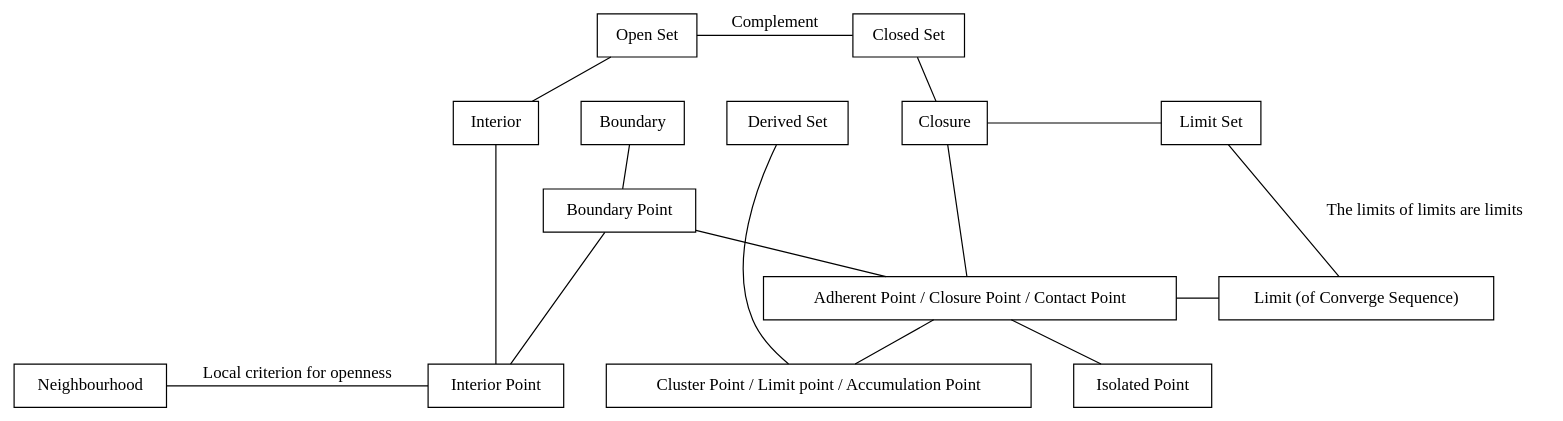
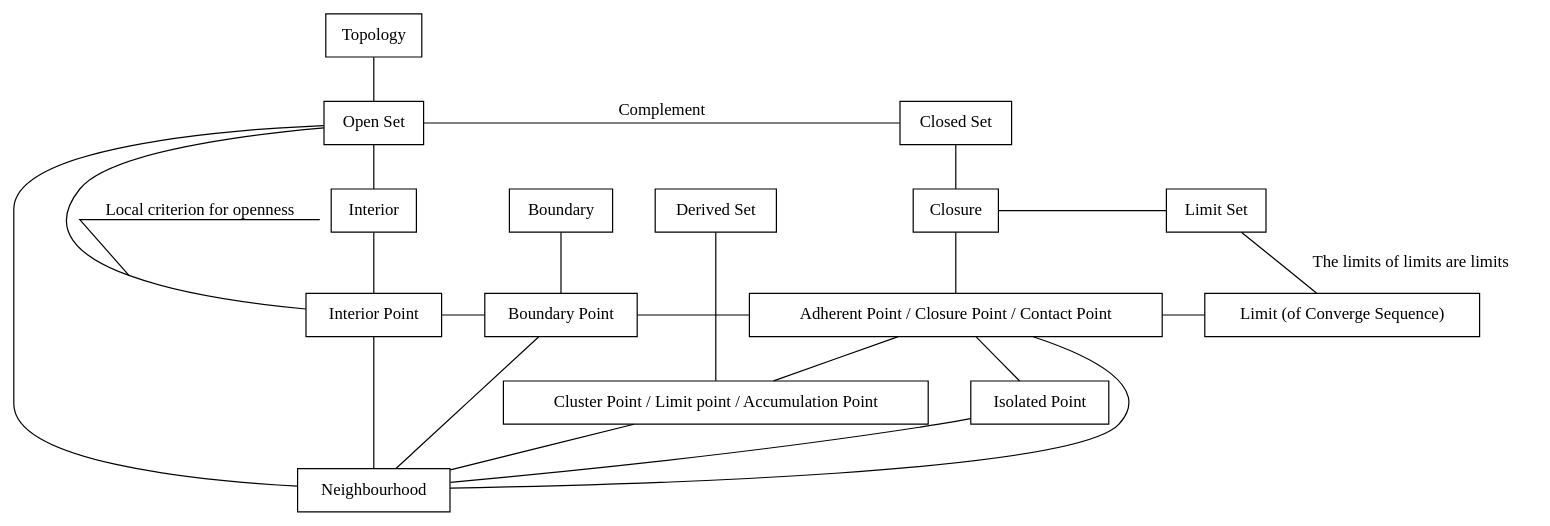
The diagram in Analysis/1_Real_Analysis.md (HanetakaChou/hanetakachou.github.io), drawn with Graphviz before and after one commit.

Commit message:
Real Analysis //node neightbourhood must put before other nodes

````diff
--- a/Analysis/1_Real_Analysis.md
+++ b/Analysis/1_Real_Analysis.md
@@ -33,72 +33,93 @@
 ```graphviz
 graph topology{
-    rankdir=TB 
+    rankdir=TB
+    //splines=false
     node[shape=box]
+    //edge[decorate=true]
     
-    Interior_Point[label="Interior Point"]
-    
-    Adherent_Point[label="Adherent Point / Closure Point / Contact Point"] //附着点/闭包点/(接)触点
-    Cluster_Point[label="Cluster Point / Limit point / Accumulation Point"] //聚(集)点/极(限)点/(会)聚点
-    Isolated_Point[label="Isolated Point"] //孤(立)点
+    {
+        Cluster_Point[label="Cluster Point / Limit point / Accumulation Point"] //聚(集)点/极(限)点/(会)聚点
+        Isolated_Point[label="Isolated Point"] //孤(立)点
 
-    Boundary_Point[label="Boundary Point"] //边界点
-
-    Adherent_Point--Cluster_Point
-    Adherent_Point--Isolated_Point
-    Boundary_Point--Interior_Point
-    Boundary_Point--Adherent_Point
-
-    Interior //内部
-    Closure //闭包
-    Derived_Set[label="Derived Set"] //导集
-    Boundary //边界
-
-    Interior--Interior_Point
-    Closure--Adherent_Point
-    Derived_Set--Cluster_Point
-    Boundary--Boundary_Point
-    {
         rank=same
-        Interior--Boundary--Derived_Set--Closure[style=invis]
         rankdir=LR
-    }
-    {
-        rank=same
-        Interior_Point--Cluster_Point--Isolated_Point[style=invis]
-        rankdir=LR
+        Cluster_Point--Isolated_Point[style=invis]
     }
 
-    Open_Set[label="Open Set"] //开集
-    Closed_Set[label="Closed Set"] //闭集
     {
+        Neighbourhood //领域
+    }
+
+    {
+        Interior_Point[label="Interior Point"] //内点
+        Adherent_Point[label="Adherent Point / Closure Point / Contact Point"] //附着点/闭包点/(接)触点
+        Boundary_Point[label="Boundary Point"] //边界点
+
         rank=same
+        rankdir=LR
+        Interior_Point--Boundary_Point--Adherent_Point//[style=invis]
+    }
+
+    Adherent_Point--Cluster_Point[weight=100]
+    Adherent_Point--Isolated_Point[weight=100]
+    //Boundary_Point--Interior_Point[constraint=false]
+    //Boundary_Point--Adherent_Point[constraint=false]
+
+    {
+        Interior //内部
+        Closure //闭包
+        Derived_Set[label="Derived Set"] //导集
+        Boundary //边界
+
+        rank=same
+        rankdir=LR
+        Interior--Boundary--Derived_Set--Closure[style=invis]
+    }
+
+    Interior--Interior_Point[weight=100]
+    Closure--Adherent_Point[weight=100]
+    Derived_Set--Cluster_Point[weight=100]
+    Boundary--Boundary_Point[weight=100]
+
+    {
+        Open_Set[label="Open Set"] //开集
+        Closed_Set[label="Closed Set"] //闭集
+
+        rank=same
+        rankdir=LR
         Open_Set--Closed_Set[label="Complement"] //补集
-        rankdir=LR
     }
-    Open_Set--Interior
-    Closed_Set--Closure
+
+    Open_Set--Interior[weight=100]
+    Closed_Set--Closure[weight=100]
+    Open_Set--Interior_Point[label="Local criterion for openness",decorate=true]
 
     Limit[label="Limit (of Converge Sequence)"]
     {
         rank=same
-        Adherent_Point -- Limit
         rankdir=LR
+        Adherent_Point--Limit
     }
 
     Limit_Set[label="Limit Set"]
     {
         rank=same
+        rankdir=LR
         Closure--Limit_Set
-        rankdir=LR
     }
 
     Limit_Set--Limit[label="The limits of limits are limits"]
 
-    Neighbourhood //领域
-    {
-        rank=same
-        Neighbourhood--Interior_Point[label="Local criterion for openness"]
-        rankdir=LR
-    }
+    Topology //拓扑
+
+    Topology--Open_Set[weight=100]
+
+    Open_Set--Neighbourhood
+
+    Interior_Point--Neighbourhood[weight=100]
+    Cluster_Point--Neighbourhood
+    Isolated_Point--Neighbourhood
+    Adherent_Point--Neighbourhood
+    Boundary_Point--Neighbourhood
 }
 ```
````
